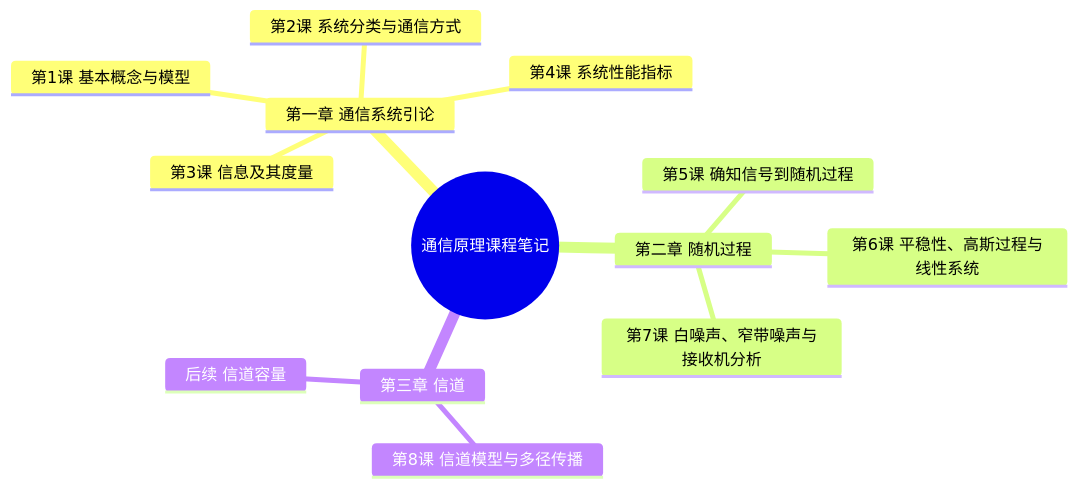
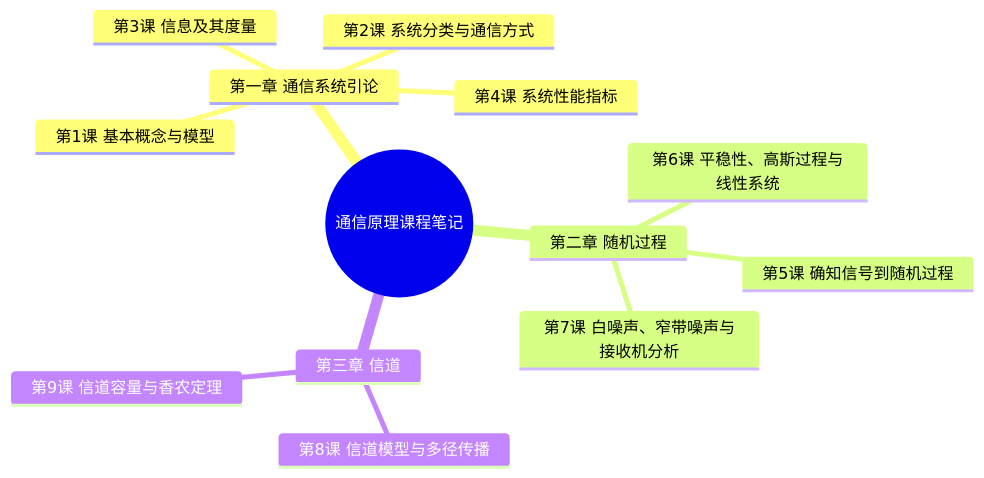
The diagram in 学习/学校课程/通信原理（3学分）/README.md (3280441136-lab/My_Obsidian_Notes), drawn with Mermaid before and after one commit. The commit also changed other lines of this file and 3 other files, not shown here.

````diff
--- a/学习/学校课程/通信原理（3学分）/README.md
+++ b/学习/学校课程/通信原理（3学分）/README.md
@@ -24,16 +25,16 @@
 ```mermaid
 mindmap
   root((通信原理课程笔记))
     第一章 通信系统引论
       第1课 基本概念与模型
       第2课 系统分类与通信方式
       第3课 信息及其度量
       第4课 系统性能指标
     第二章 随机过程
       第5课 确知信号到随机过程
       第6课 平稳性、高斯过程与线性系统
       第7课 白噪声、窄带噪声与接收机分析
     第三章 信道
       第8课 信道模型与多径传播
-      后续 信道容量
+      第9课 信道容量与香农定理
 ```
````
